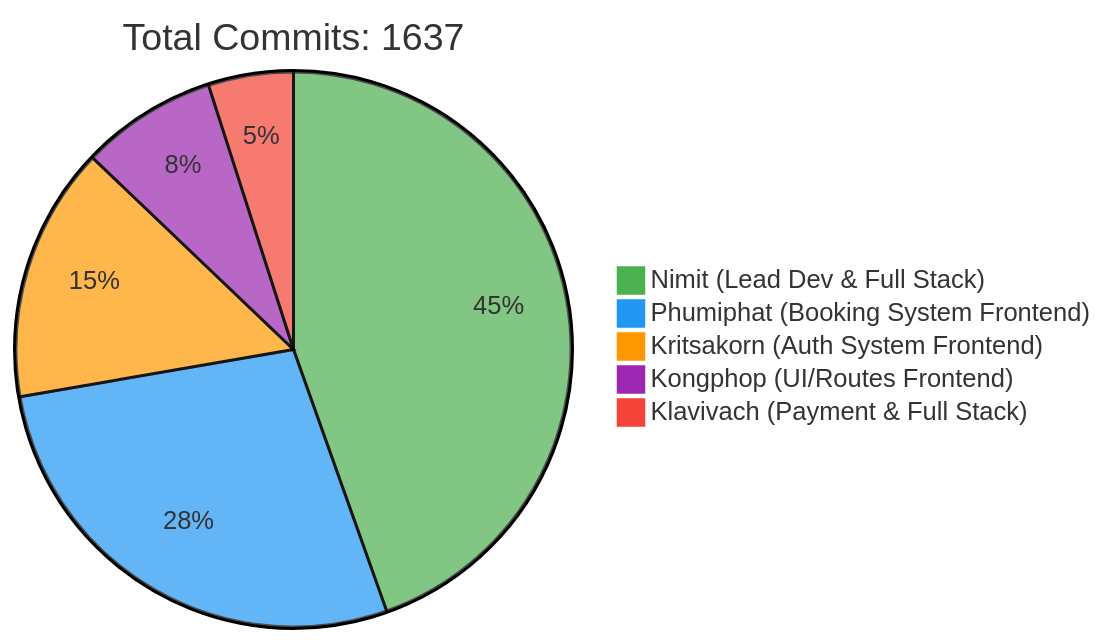
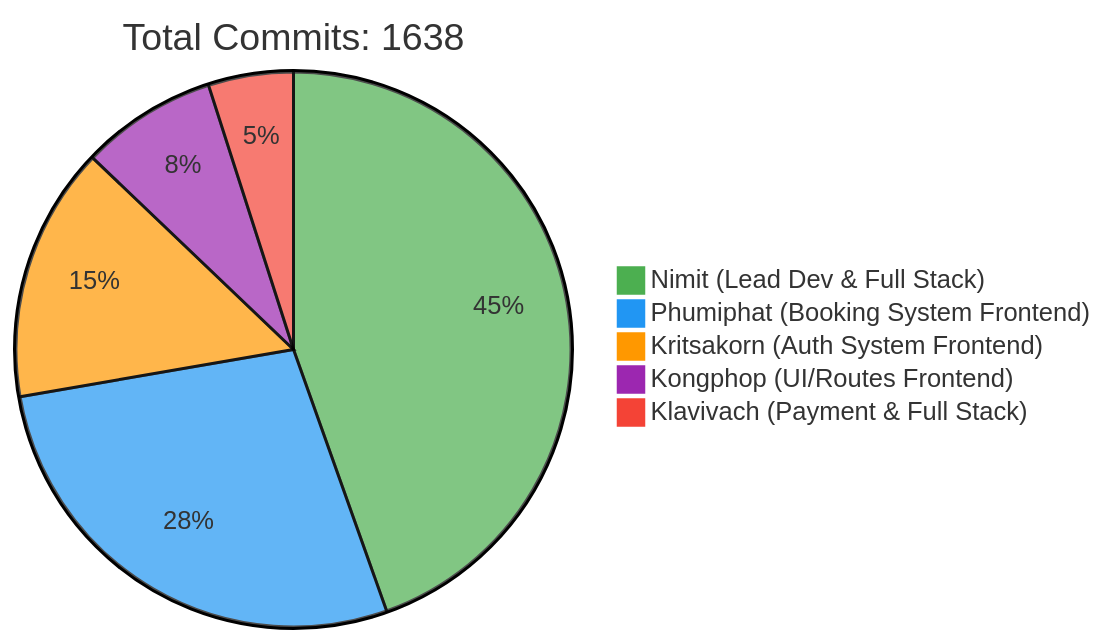
The first of 2 diagrams in README.md (6531503042/Sport-Complex), drawn with Mermaid before and after one commit. The commit also changed other lines of this file, not shown here.

Commit message:
docs: Update contributor statistics [skip ci]

````diff
--- a/README.md
+++ b/README.md
@@ -257,10 +257,10 @@
 ```mermaid
 %%{init: {'theme': 'base', 'themeVariables': { 'pie1': '#4CAF50', 'pie2': '#2196F3', 'pie3': '#FF9800', 'pie4': '#9C27B0', 'pie5': '#F44336'}}}%%
 pie
-    title Total Commits: 1637
+    title Total Commits: 1638
     "Nimit (Lead Dev & Full Stack)" : 450
     "Phumiphat (Booking System Frontend)" : 280
     "Kritsakorn (Auth System Frontend)" : 150
     "Kongphop (UI/Routes Frontend)" : 80
     "Klavivach (Payment & Full Stack)" : 50
 ```
````
